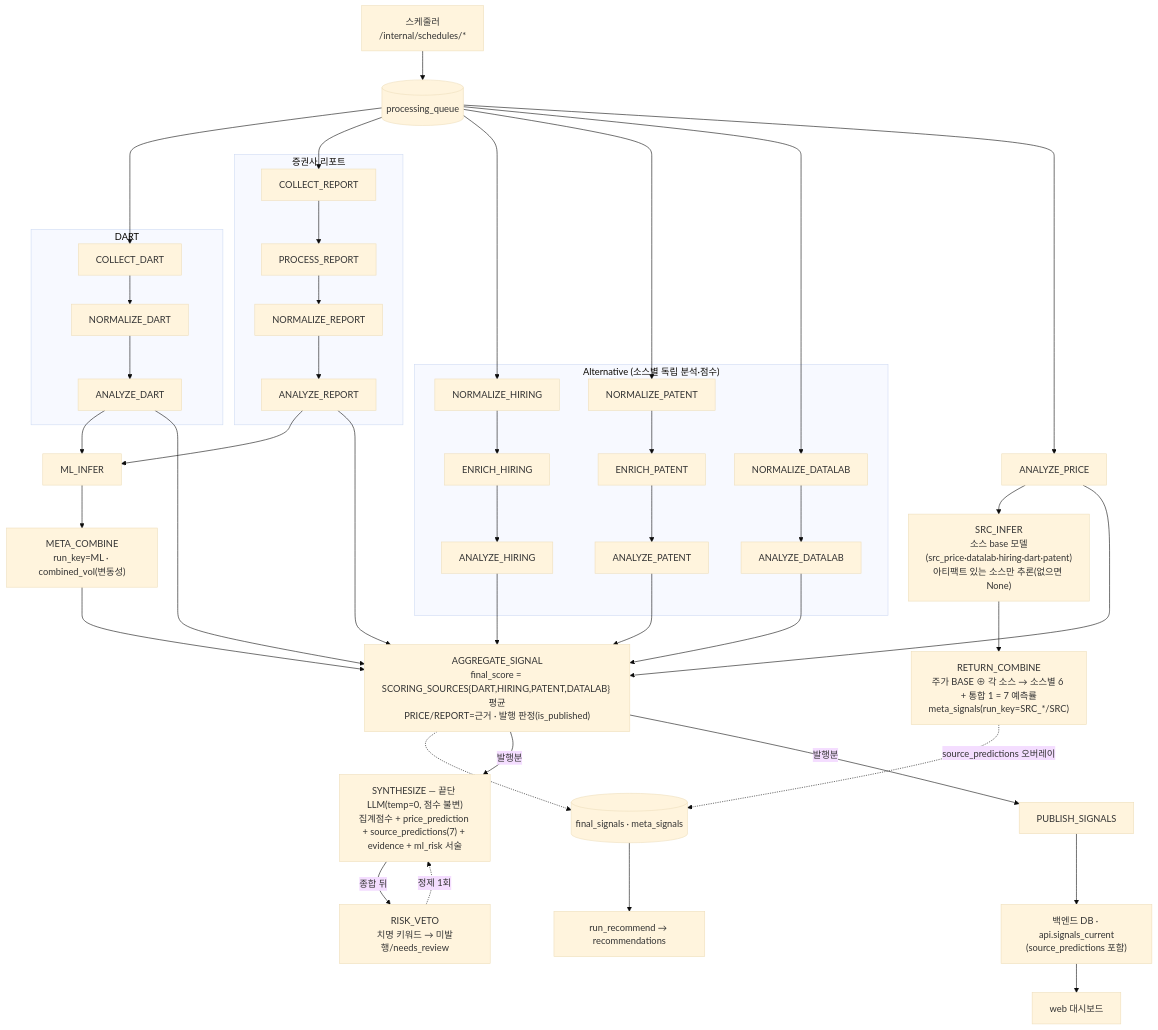
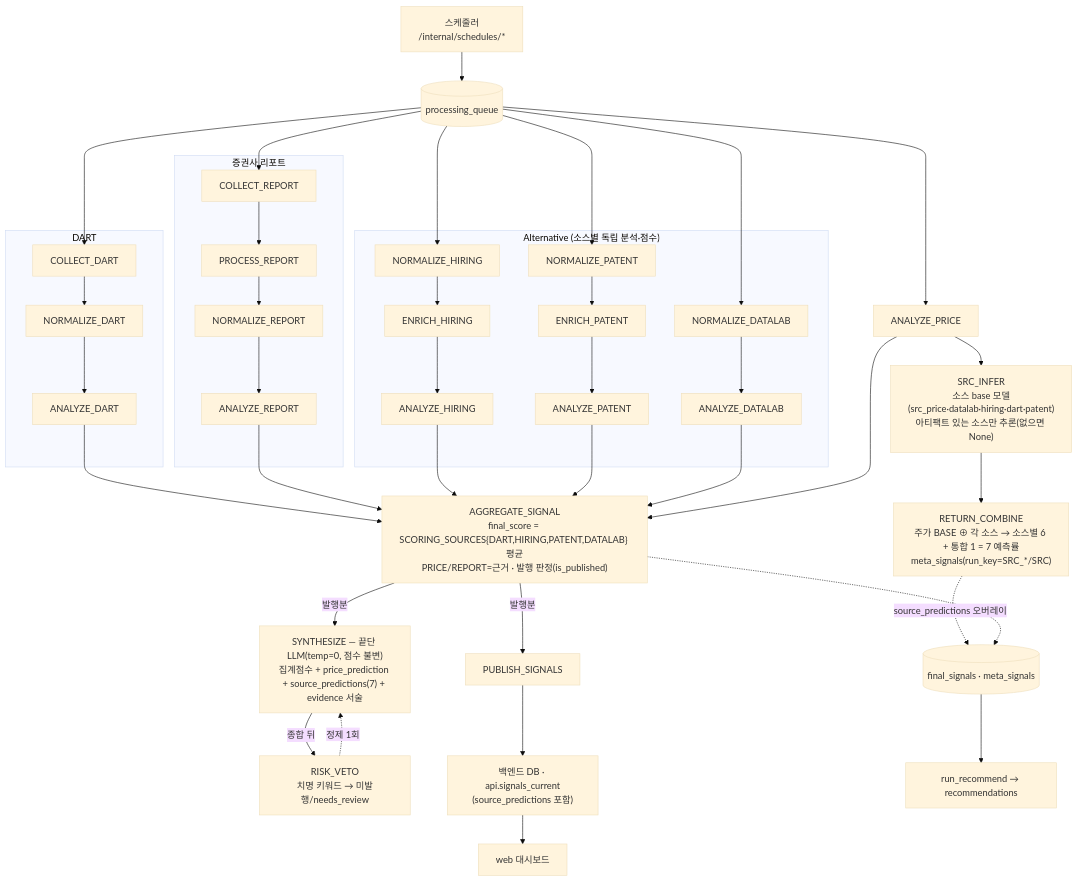
Before and after one commit to AIX14-3/signal-alpha: the diagram in docs/spec/worker-pipeline-detailed.md, drawn with Mermaid (base theme). The commit also changed other lines of this file and 3 other files, not shown here.

````diff
--- a/docs/spec/worker-pipeline-detailed.md
+++ b/docs/spec/worker-pipeline-detailed.md
@@ -10,52 +10,46 @@
 ```mermaid
 flowchart TB
   sch["스케줄러<br/>/internal/schedules/*"] --> Q[("processing_queue")]
 
   subgraph DART
     cd[COLLECT_DART] --> nd[NORMALIZE_DART] --> ad[ANALYZE_DART]
   end
   subgraph REPORT["증권사 리포트"]
     cr[COLLECT_REPORT] --> prc[PROCESS_REPORT] --> nr[NORMALIZE_REPORT] --> ar[ANALYZE_REPORT]
   end
   subgraph ALT["Alternative (소스별 독립 분석·점수)"]
     nh[NORMALIZE_HIRING] --> eh[ENRICH_HIRING] --> ah[ANALYZE_HIRING]
     npa[NORMALIZE_PATENT] --> ep[ENRICH_PATENT] --> apa[ANALYZE_PATENT]
     ndl[NORMALIZE_DATALAB] --> adl[ANALYZE_DATALAB]
   end
   ap[ANALYZE_PRICE]
 
   Q --> cd
   Q --> cr
   Q --> nh
   Q --> npa
   Q --> ndl
   Q --> ap
 
-  %% 변동성 채널 (run_key=ML)
-  ad --> mi[ML_INFER]
-  ar --> mi
-  mi --> mc["META_COMBINE<br/>run_key=ML · combined_vol(변동성)"]
-
   %% 메타러너 예측 라인 (주가 BASE 앵커 + 대체데이터 가산)
   ap --> si["SRC_INFER<br/>소스 base 모델(src_price·datalab·hiring·dart·patent)<br/>아티팩트 있는 소스만 추론(없으면 None)"]
   si --> rc["RETURN_COMBINE<br/>주가 BASE ⊕ 각 소스 → 소스별 6 + 통합 1 = 7 예측률<br/>meta_signals(run_key=SRC_*/SRC)"]
 
   ad --> agg
   ar --> agg
   ah --> agg
   apa --> agg
   adl --> agg
   ap --> agg
-  mc --> agg
   agg["AGGREGATE_SIGNAL<br/>final_score = SCORING_SOURCES{DART,HIRING,PATENT,DATALAB} 평균<br/>PRICE/REPORT=근거 · 발행 판정(is_published)"]
 
   rc -. "source_predictions 오버레이" .-> fsig[("final_signals · meta_signals")]
   agg -.-> fsig
 
-  agg -- "발행분" --> sy["SYNTHESIZE — 끝단 LLM(temp=0, 점수 불변)<br/>집계점수 + price_prediction + source_predictions(7) + evidence + ml_risk 서술"]
+  agg -- "발행분" --> sy["SYNTHESIZE — 끝단 LLM(temp=0, 점수 불변)<br/>집계점수 + price_prediction + source_predictions(7) + evidence 서술"]
   agg -- "발행분" --> pub[PUBLISH_SIGNALS]
   sy -- "종합 뒤" --> rv["RISK_VETO<br/>치명 키워드 → 미발행/needs_review"]
   rv -. "정제 1회" .-> sy
   pub --> api["백엔드 DB · api.signals_current<br/>(source_predictions 포함)"] --> web[web 대시보드]
   fsig --> rec["run_recommend → recommendations"]
 ```
````
